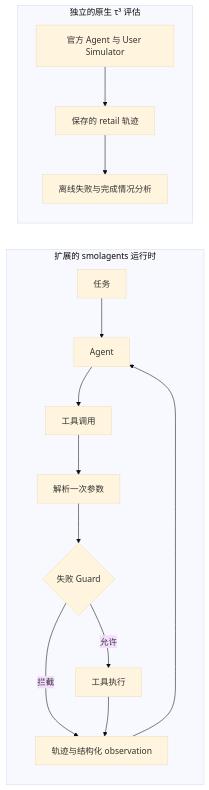
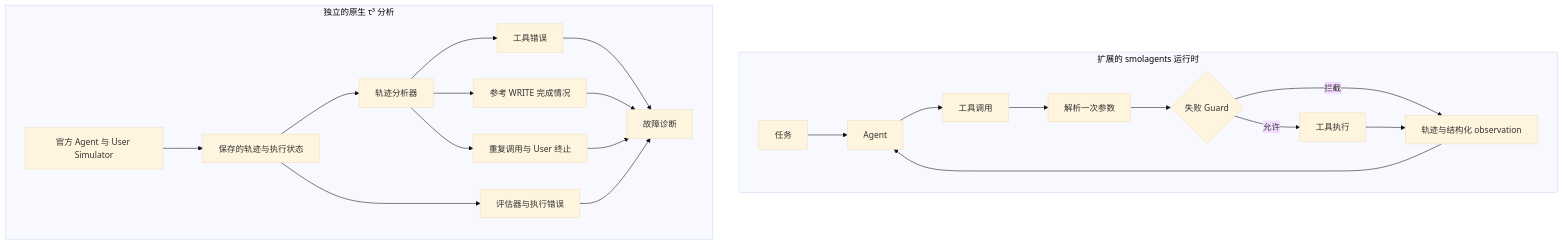
The diagram in README.zh-CN.md (Kk111777/ReliableToolAgent), drawn with Mermaid (base theme) before and after one commit. The commit also changed other lines of this file and 1 other file, not shown here.

````diff
--- a/README.zh-CN.md
+++ b/README.zh-CN.md
@@ -52,17 +61,26 @@
 ```mermaid
-flowchart LR
+flowchart TB
     subgraph Runtime[扩展的 smolagents 运行时]
+        direction LR
         T[任务] --> A[Agent]
         A --> C[工具调用]
         C --> R[解析一次参数]
         R --> G{失败 Guard}
         G -->|允许| E[工具执行]
         G -->|拦截| O[轨迹与结构化 observation]
         E --> O
         O --> A
     end
-    subgraph Retail[独立的原生 τ³ 评估]
-        N[官方 Agent 与 User Simulator] --> S[保存的 retail 轨迹]
-        S --> D[离线失败与完成情况分析]
+    subgraph Retail[独立的原生 τ³ 分析]
+        N[官方 Agent 与 User Simulator] --> S[保存的轨迹与执行状态]
+        S --> D[轨迹分析器]
+        D --> F[工具错误]
+        D --> W[参考 WRITE 完成情况]
+        D --> X[重复调用与 User 终止]
+        F --> B[故障诊断]
+        W --> B
+        X --> B
+        S --> V[评估器与执行错误]
+        V --> B
     end
 ```
````
